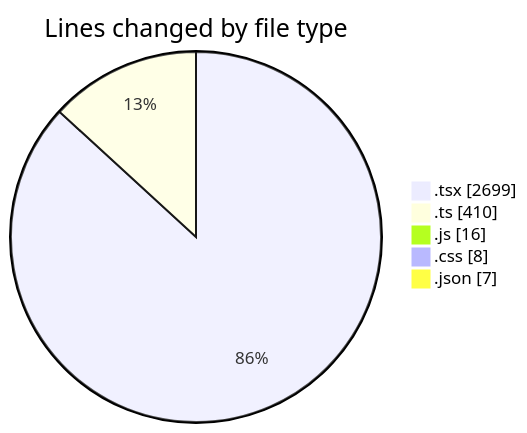
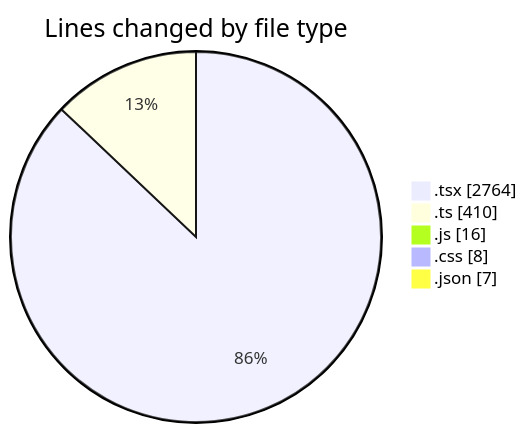
Before and after one commit to robertbonfada/code-tracking: the first of 2 diagrams in 2025-01-17/mbc-web/README.md, drawn with Mermaid. The commit also changed other lines of this file and 1 other file, not shown here.

````diff
--- a/2025-01-17/mbc-web/README.md
+++ b/2025-01-17/mbc-web/README.md
@@ -35,9 +36,9 @@
 ```mermaid
 pie showData
 title Lines changed by file type
-".tsx" : 2699
+".tsx" : 2764
 ".ts" : 410
 ".js" : 16
 ".css" : 8
 ".json" : 7
 ```
````
